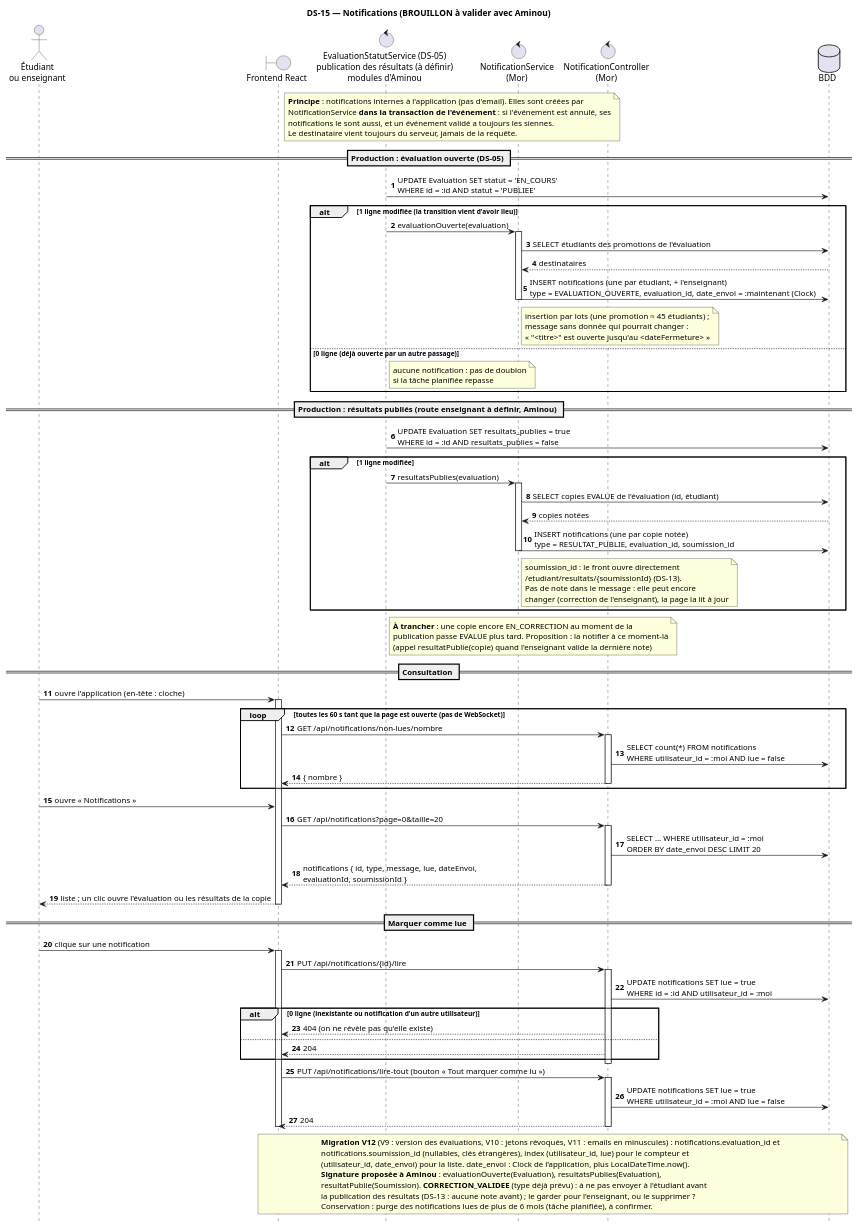
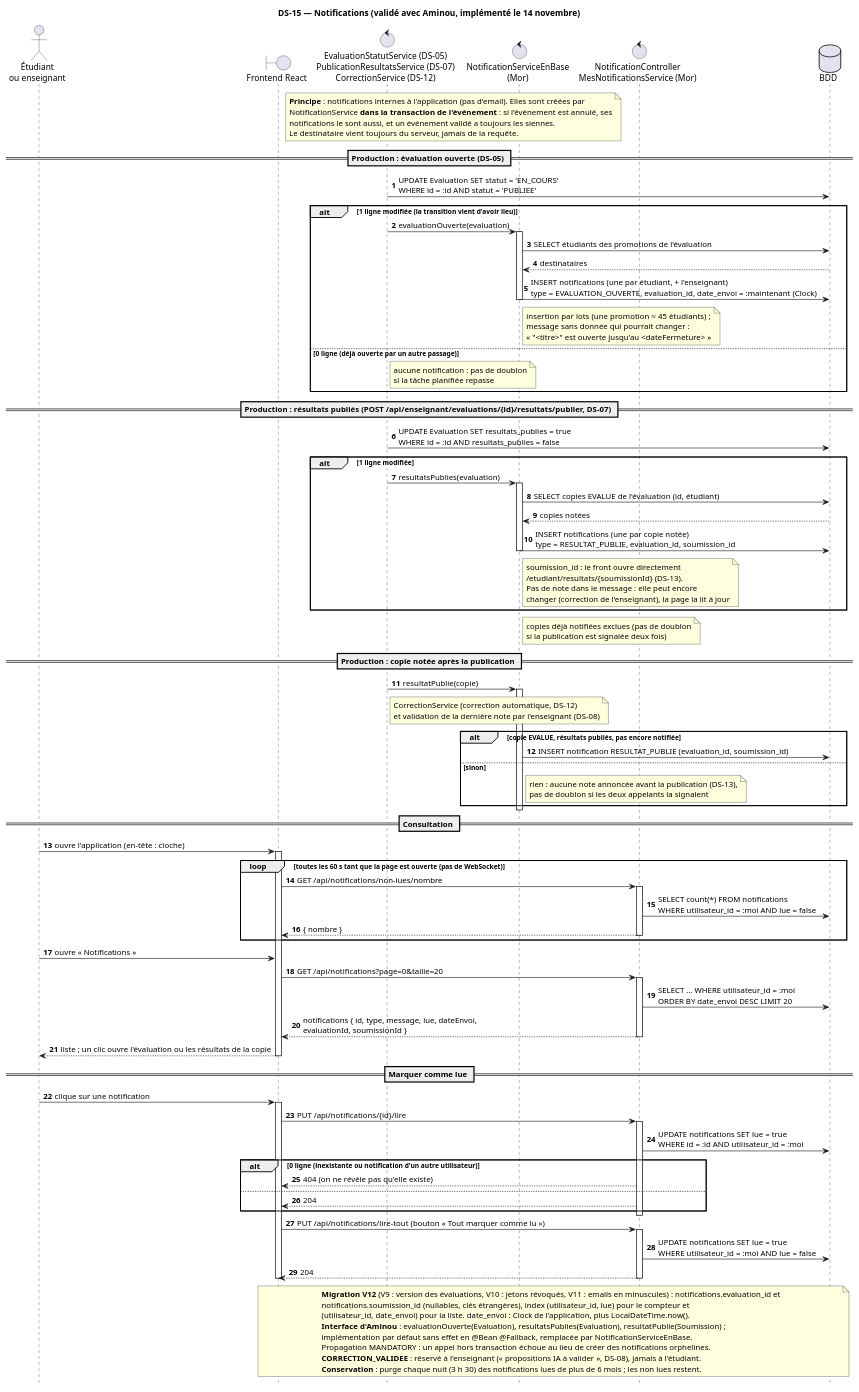
One commit to MorLeye75/eval-platform changed the diagram in docs/diagrammes-sequence/DS-15-notifications.puml. Above: the diagram before and after it, drawn with PlantUML. The commit also changed 4 other files, not shown here.

```diff
--- a/docs/diagrammes-sequence/DS-15-notifications.puml
+++ b/docs/diagrammes-sequence/DS-15-notifications.puml
@@ -1,86 +1,98 @@
 @startuml DS-15_notifications
-title DS-15 — Notifications (BROUILLON à valider avec Aminou)
+title DS-15 — Notifications (validé avec Aminou, implémenté le 14 novembre)
 hide footbox
 autonumber
 actor "Étudiant\nou enseignant" as U
 boundary "Frontend React" as F
-control "EvaluationStatutService (DS-05)\npublication des résultats (à définir)\nmodules d'Aminou" as A
-control "NotificationService\n(Mor)" as N
-control "NotificationController\n(Mor)" as C
+control "EvaluationStatutService (DS-05)\nPublicationResultatsService (DS-07)\nCorrectionService (DS-12)" as A
+control "NotificationServiceEnBase\n(Mor)" as N
+control "NotificationController\nMesNotificationsService (Mor)" as C
 database "BDD" as D
 
 note over A, N
   **Principe** : notifications internes à l'application (pas d'email). Elles sont créées par
   NotificationService **dans la transaction de l'événement** : si l'événement est annulé, ses
   notifications le sont aussi, et un événement validé a toujours les siennes.
   Le destinataire vient toujours du serveur, jamais de la requête.
 end note
 
 == Production : évaluation ouverte (DS-05) ==
 A -> D : UPDATE Evaluation SET statut = 'EN_COURS'\nWHERE id = :id AND statut = 'PUBLIEE'
 alt 1 ligne modifiée (la transition vient d'avoir lieu)
   A -> N : evaluationOuverte(evaluation)
   activate N
   N -> D : SELECT étudiants des promotions de l'évaluation
   D --> N : destinataires
   N -> D : INSERT notifications (une par étudiant, + l'enseignant)\ntype = EVALUATION_OUVERTE, evaluation_id, date_envoi = :maintenant (Clock)
   note right of N : insertion par lots (une promotion ≈ 45 étudiants) ;\nmessage sans donnée qui pourrait changer :\n« "<titre>" est ouverte jusqu'au <dateFermeture> »
   deactivate N
 else 0 ligne (déjà ouverte par un autre passage)
   note right of A : aucune notification : pas de doublon\nsi la tâche planifiée repasse
 end
 
-== Production : résultats publiés (route enseignant à définir, Aminou) ==
+== Production : résultats publiés (POST /api/enseignant/evaluations/{id}/resultats/publier, DS-07) ==
 A -> D : UPDATE Evaluation SET resultats_publies = true\nWHERE id = :id AND resultats_publies = false
 alt 1 ligne modifiée
   A -> N : resultatsPublies(evaluation)
   activate N
   N -> D : SELECT copies EVALUE de l'évaluation (id, étudiant)
   D --> N : copies notées
   N -> D : INSERT notifications (une par copie notée)\ntype = RESULTAT_PUBLIE, evaluation_id, soumission_id
   note right of N : soumission_id : le front ouvre directement\n/etudiant/resultats/{soumissionId} (DS-13).\nPas de note dans le message : elle peut encore\nchanger (correction de l'enseignant), la page la lit à jour
   deactivate N
 end
-note right of A : **À trancher** : une copie encore EN_CORRECTION au moment de la\npublication passe EVALUE plus tard. Proposition : la notifier à ce moment-là\n(appel resultatPublie(copie) quand l'enseignant valide la dernière note)
+note right of N : copies déjà notifiées exclues (pas de doublon\nsi la publication est signalée deux fois)
+
+== Production : copie notée après la publication ==
+A -> N : resultatPublie(copie)
+note right of A : CorrectionService (correction automatique, DS-12)\net validation de la dernière note par l'enseignant (DS-08)
+activate N
+alt copie EVALUE, résultats publiés, pas encore notifiée
+  N -> D : INSERT notification RESULTAT_PUBLIE (evaluation_id, soumission_id)
+else sinon
+  note right of N : rien : aucune note annoncée avant la publication (DS-13),\npas de doublon si les deux appelants la signalent
+end
+deactivate N
 
 == Consultation ==
 U -> F : ouvre l'application (en-tête : cloche)
 activate F
 loop toutes les 60 s tant que la page est ouverte (pas de WebSocket)
   F -> C ++ : GET /api/notifications/non-lues/nombre
   C -> D : SELECT count(*) FROM notifications\nWHERE utilisateur_id = :moi AND lue = false
   C --> F -- : { nombre }
 end
 U -> F : ouvre « Notifications »
 F -> C ++ : GET /api/notifications?page=0&taille=20
 C -> D : SELECT … WHERE utilisateur_id = :moi\nORDER BY date_envoi DESC LIMIT 20
 C --> F -- : notifications { id, type, message, lue, dateEnvoi,\nevaluationId, soumissionId }
 F --> U : liste ; un clic ouvre l'évaluation ou les résultats de la copie
 deactivate F
 
 == Marquer comme lue ==
 U -> F : clique sur une notification
 activate F
 F -> C ++ : PUT /api/notifications/{id}/lire
 C -> D : UPDATE notifications SET lue = true\nWHERE id = :id AND utilisateur_id = :moi
 alt 0 ligne (inexistante ou notification d'un autre utilisateur)
   C --> F : 404 (on ne révèle pas qu'elle existe)
 else
   C --> F : 204
 end
 deactivate C
 F -> C ++ : PUT /api/notifications/lire-tout (bouton « Tout marquer comme lu »)
 C -> D : UPDATE notifications SET lue = true\nWHERE utilisateur_id = :moi AND lue = false
 C --> F -- : 204
 deactivate F
 
 note over F, D
   **Migration V12** (V9 : version des évaluations, V10 : jetons révoqués, V11 : emails en minuscules) : notifications.evaluation_id et
   notifications.soumission_id (nullables, clés étrangères), index (utilisateur_id, lue) pour le compteur et
   (utilisateur_id, date_envoi) pour la liste. date_envoi : Clock de l'application, plus LocalDateTime.now().
-  **Signature proposée à Aminou** : evaluationOuverte(Evaluation), resultatsPublies(Evaluation),
-  resultatPublie(Soumission). **CORRECTION_VALIDEE** (type déjà prévu) : à ne pas envoyer à l'étudiant avant
-  la publication des résultats (DS-13 : aucune note avant) ; le garder pour l'enseignant, ou le supprimer ?
-  Conservation : purge des notifications lues de plus de 6 mois (tâche planifiée), à confirmer.
+  **Interface d'Aminou** : evaluationOuverte(Evaluation), resultatsPublies(Evaluation), resultatPublie(Soumission) ;
+  implémentation par défaut sans effet en @Bean @Fallback, remplacée par NotificationServiceEnBase.
+  Propagation MANDATORY : un appel hors transaction échoue au lieu de créer des notifications orphelines.
+  **CORRECTION_VALIDEE** : réservé à l'enseignant (« propositions IA à valider », DS-08), jamais à l'étudiant.
+  **Conservation** : purge chaque nuit (3 h 30) des notifications lues de plus de 6 mois ; les non lues restent.
 end note
 @enduml
```
